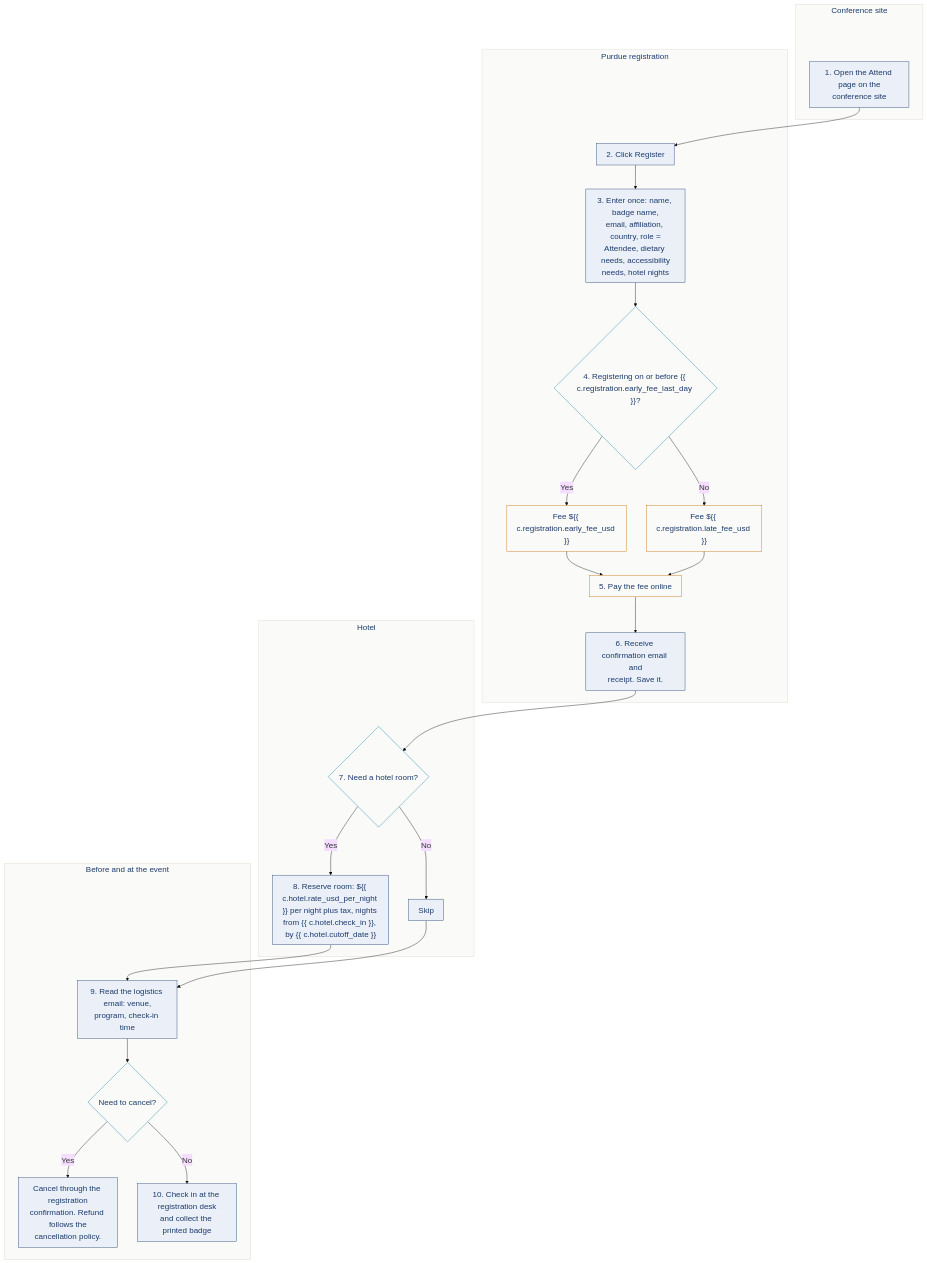
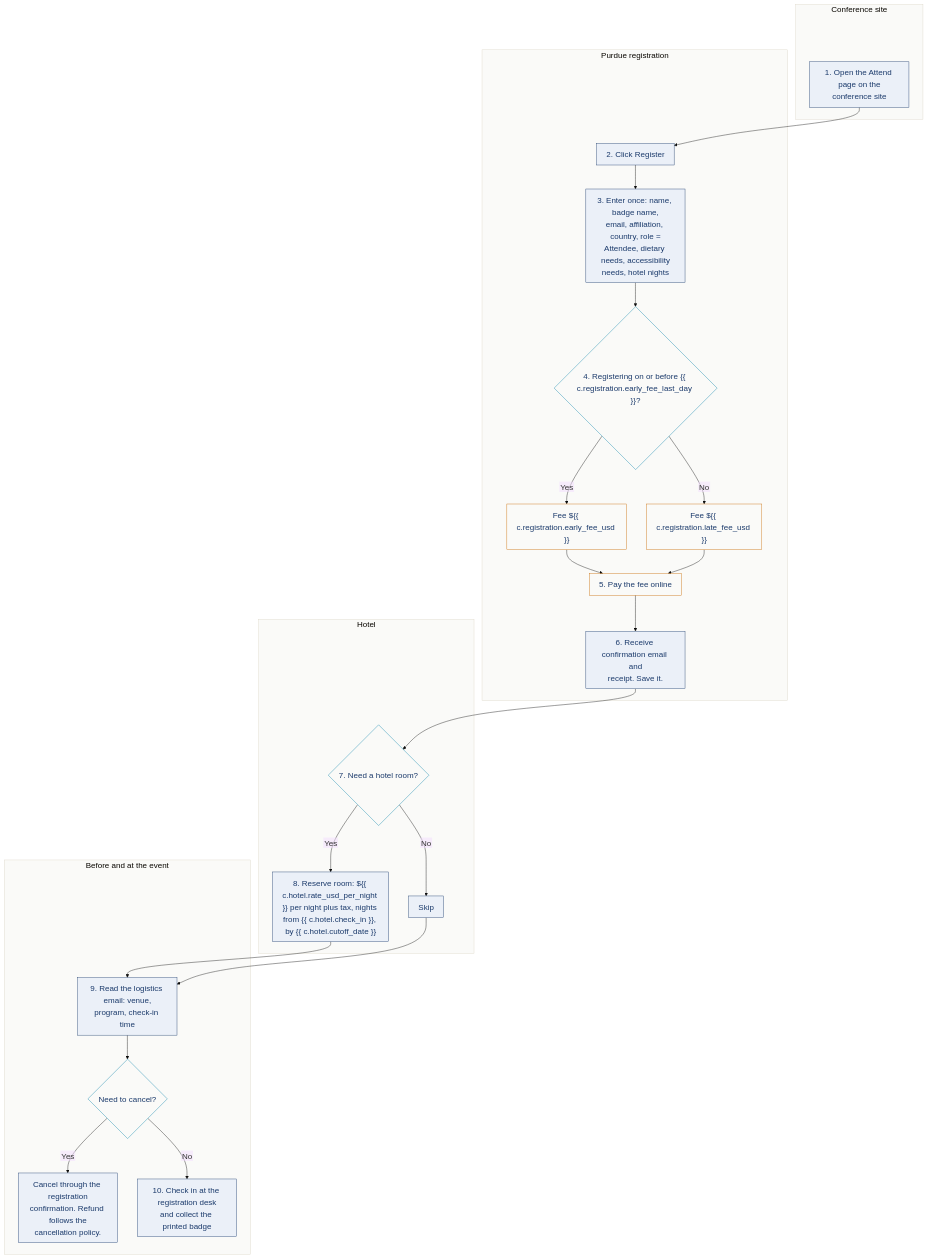
One commit to serg696f/computational-imaging.github.io changed the diagram in workflows/attendee.md. Above: the diagram before and after it, drawn with Mermaid. The commit also changed 2 other files, not shown here.

Commit message:
Fix diagram box sizing

````diff
--- a/workflows/attendee.md
+++ b/workflows/attendee.md
@@ -17,57 +17,57 @@
 ```mermaid
-%%{init: {"theme":"base","themeVariables":{"fontSize":"20px","fontFamily":"Arial, Helvetica, sans-serif"},"flowchart":{"useMaxWidth":false,"nodeSpacing":50,"rankSpacing":60,"padding":12}}}%%
+%%{init: {"theme":"base","themeVariables":{"fontSize":"20px","fontFamily":"Arial, Helvetica, sans-serif"},"flowchart":{"htmlLabels":false,"useMaxWidth":false,"nodeSpacing":50,"rankSpacing":60,"padding":12}}}%%
 flowchart TD
   subgraph SITE["Conference site"]
     SITE_sp[" "]
     A1["1. Open the Attend page on the<br/>conference site"]
   end
   subgraph REG["Purdue registration"]
     REG_sp[" "]
     A2["2. Click Register"]
     A3["3. Enter once: name, badge name,<br/>email, affiliation, country, role =<br/>Attendee, dietary needs, accessibility<br/>needs, hotel nights"]
     D1{"4. Registering on or before {{ c.registration.early_fee_last_day }}?"}
     F1["Fee ${{ c.registration.early_fee_usd }}"]
     F2["Fee ${{ c.registration.late_fee_usd }}"]
     A4["5. Pay the fee online"]
     A5["6. Receive confirmation email and<br/>receipt. Save it."]
   end
   subgraph HOTEL["Hotel"]
     HOTEL_sp[" "]
     D2{"7. Need a hotel room?"}
     H1["8. Reserve room: ${{ c.hotel.rate_usd_per_night }} per night plus tax, nights from {{ c.hotel.check_in }}, by {{ c.hotel.cutoff_date }}"]
     H2["Skip"]
   end
   subgraph EVENT["Before and at the event"]
     EVENT_sp[" "]
     A6["9. Read the logistics email: venue,<br/>program, check-in time"]
     D3{"Need to cancel?"}
     C1["Cancel through the registration<br/>confirmation. Refund follows the<br/>cancellation policy."]
     A7["10. Check in at the registration desk<br/>and collect the printed badge"]
   end
   SITE_sp --- A1
   REG_sp --- A2
   HOTEL_sp --- D2
   EVENT_sp --- A6
   A1 --> A2 --> A3 --> D1
   D1 -- Yes --> F1 --> A4
   D1 -- No --> F2 --> A4
   A4 --> A5 --> D2
   D2 -- Yes --> H1 --> A6
   D2 -- No --> H2 --> A6
   A6 --> D3
   D3 -- Yes --> C1
   D3 -- No --> A7
   style SITE fill:#FAFAF8,stroke:#DDD6C8,color:#1B3A6B
   style REG fill:#FAFAF8,stroke:#DDD6C8,color:#1B3A6B
   style HOTEL fill:#FAFAF8,stroke:#DDD6C8,color:#1B3A6B
   style EVENT fill:#FAFAF8,stroke:#DDD6C8,color:#1B3A6B
   classDef step fill:#EBF0F8,stroke:#1B3A6B,color:#1B3A6B;
   classDef pay fill:#FAFAF8,stroke:#C96A00,color:#1B3A6B;
   classDef gate fill:#FAFAF8,stroke:#007EA8,color:#1B3A6B;
   class A1,A2,A3,A5,A6,A7,H1,H2,C1 step;
   class F1,F2,A4 pay;
   class D1,D2,D3 gate;
   classDef spacer fill:none,stroke:none,color:#FAFAF8;
   linkStyle 0,1,2,3 stroke:none,fill:none;
   class SITE_sp,REG_sp,HOTEL_sp,EVENT_sp spacer;
 ```
````
